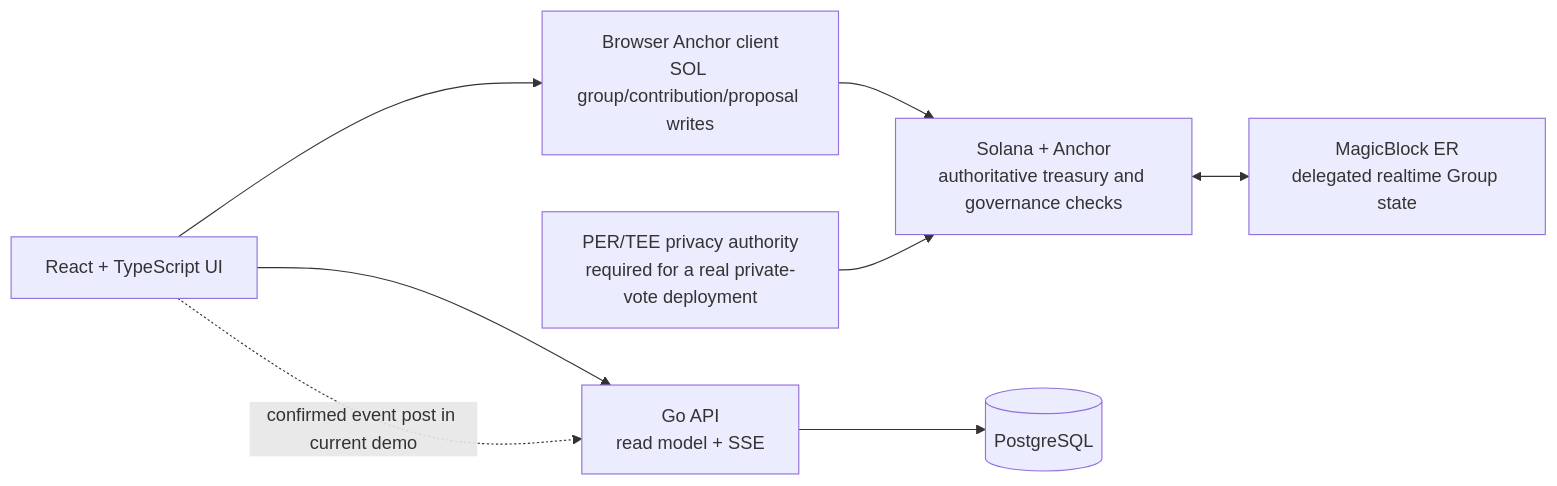
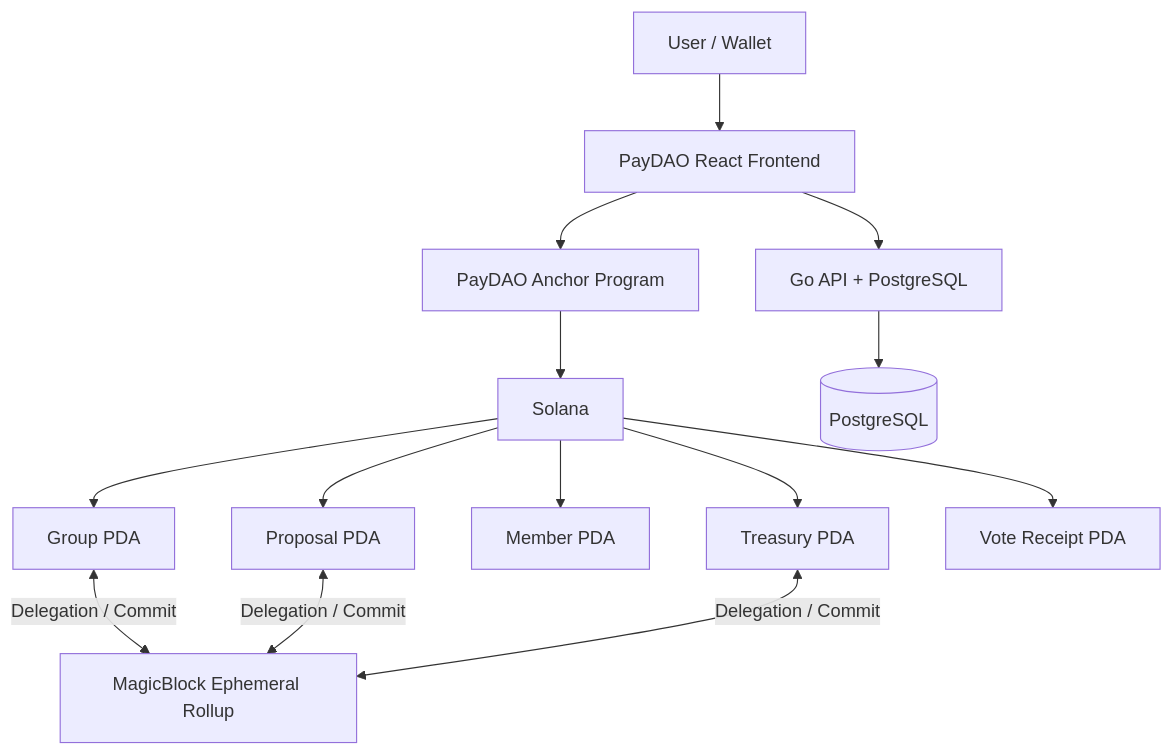
Before and after one commit to everestp/paymentdao: the first of 2 diagrams in README.md, drawn with Mermaid. The commit also changed other lines of this file and 4 other files, not shown here.

````diff
--- a/README.md
+++ b/README.md
@@ -111,18 +91,40 @@
 ```mermaid
-flowchart LR
-    UI[React + TypeScript UI]
-    CHAIN[Browser Anchor client<br/>SOL group/contribution/proposal writes]
-    SOL[Solana + Anchor<br/>authoritative treasury and governance checks]
-    ER[MagicBlock ER<br/>delegated realtime Group state]
-    AUTH[PER/TEE privacy authority<br/>required for a real private-vote deployment]
-    API[Go API<br/>read model + SSE]
-    DB[(PostgreSQL)]
+flowchart TB
 
-    UI --> CHAIN
+    USER[User / Wallet]
+
+    UI[PayDAO React Frontend]
+
+    API[Go API + PostgreSQL]
+
+    SOL[Solana]
+
+    PROGRAM[PayDAO Anchor Program]
+
+    GROUP[Group PDA]
+    TREASURY[Treasury PDA]
+    MEMBER[Member PDA]
+    PROPOSAL[Proposal PDA]
+    RECEIPT[Vote Receipt PDA]
+
+    ER[MagicBlock Ephemeral Rollup]
+
+    USER --> UI
+
+    UI --> PROGRAM
     UI --> API
-    CHAIN --> SOL
-    SOL <--> ER
-    AUTH --> SOL
-    API --> DB
-    UI -. confirmed event post in current demo .-> API
+
+    API --> DB[(PostgreSQL)]
+
+    PROGRAM --> SOL
+
+    SOL --> GROUP
+    SOL --> TREASURY
+    SOL --> MEMBER
+    SOL --> PROPOSAL
+    SOL --> RECEIPT
+
+    GROUP <-->|Delegation / Commit| ER
+    PROPOSAL <-->|Delegation / Commit| ER
+    TREASURY <-->|Delegation / Commit| ER
 ```
````
